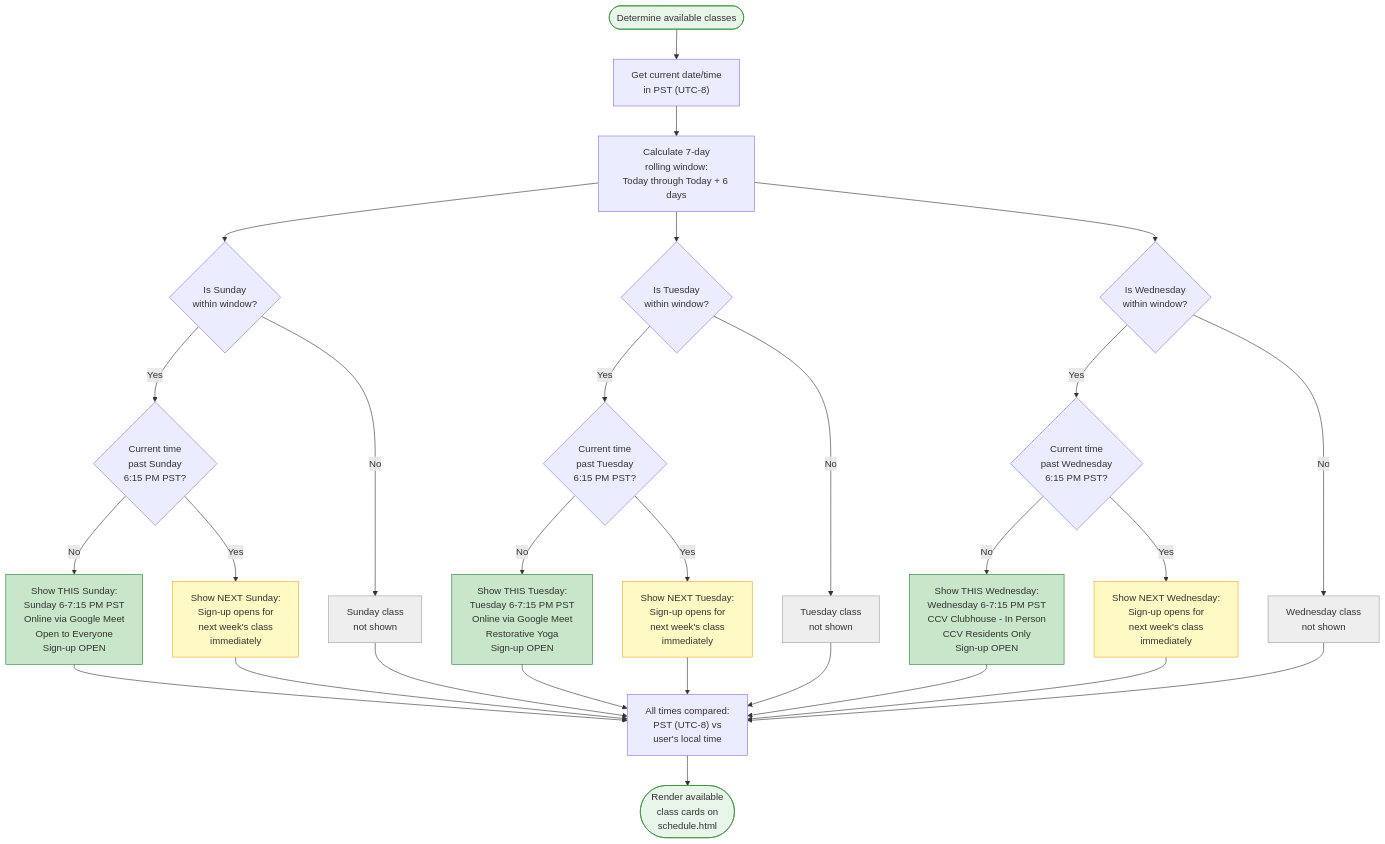
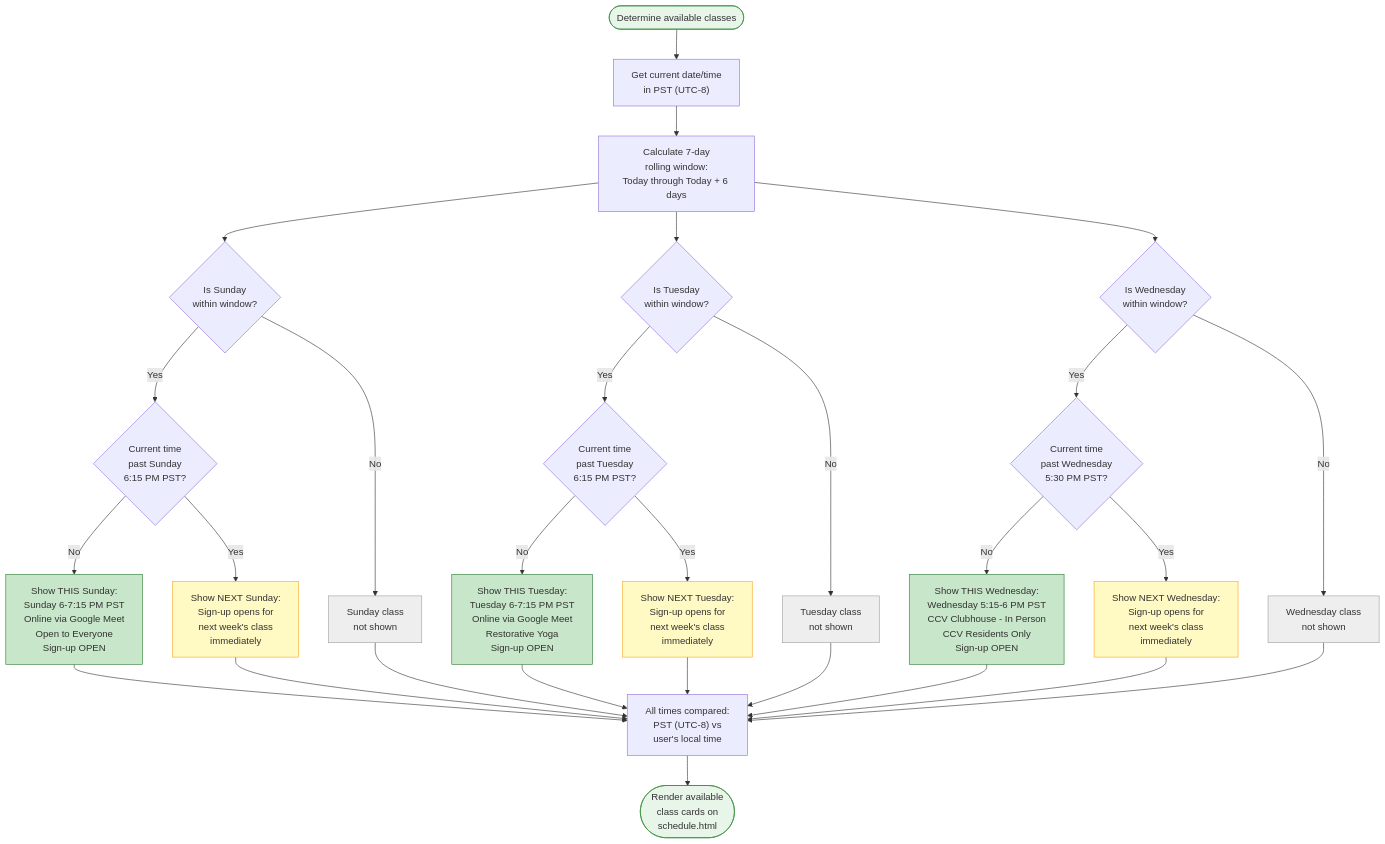
One commit to liujessicax-ui/yogaclasses.com changed the second of 6 diagrams in business-rules-flowchart.md. Above: the diagram before and after it, drawn with Mermaid. The commit also changed other lines of this file and 3 other files, not shown here.

Commit message:
Update Wednesday class time to 5:15-6:00 PM PST

````diff
--- a/business-rules-flowchart.md
+++ b/business-rules-flowchart.md
@@ -89,54 +89,54 @@
 ```mermaid
 flowchart TD
     START([Determine available classes]) --> NOW["Get current date/time\nin PST (UTC-8)"]
 
     NOW --> WINDOW["Calculate 7-day\nrolling window:\nToday through Today + 6 days"]
 
     WINDOW --> MON{Is Sunday\nwithin window?}
     WINDOW --> TUE{Is Tuesday\nwithin window?}
     WINDOW --> WED{Is Wednesday\nwithin window?}
 
     MON -- Yes --> MON_CUT{Current time\npast Sunday\n6:15 PM PST?}
     MON -- No --> MON_HIDE[Sunday class\nnot shown]
 
     MON_CUT -- No --> MON_SHOW["Show THIS Sunday:\nSunday 6-7:15 PM PST\nOnline via Google Meet\nOpen to Everyone\nSign-up OPEN"]
     MON_CUT -- Yes --> MON_NEXT["Show NEXT Sunday:\nSign-up opens for\nnext week's class\nimmediately"]
 
     TUE -- Yes --> TUE_CUT{Current time\npast Tuesday\n6:15 PM PST?}
     TUE -- No --> TUE_HIDE[Tuesday class\nnot shown]
 
     TUE_CUT -- No --> TUE_SHOW["Show THIS Tuesday:\nTuesday 6-7:15 PM PST\nOnline via Google Meet\nRestorative Yoga\nSign-up OPEN"]
     TUE_CUT -- Yes --> TUE_NEXT["Show NEXT Tuesday:\nSign-up opens for\nnext week's class\nimmediately"]
 
-    WED -- Yes --> WED_CUT{Current time\npast Wednesday\n6:15 PM PST?}
+    WED -- Yes --> WED_CUT{Current time\npast Wednesday\n5:30 PM PST?}
     WED -- No --> WED_HIDE[Wednesday class\nnot shown]
 
-    WED_CUT -- No --> WED_SHOW["Show THIS Wednesday:\nWednesday 6-7:15 PM PST\nCCV Clubhouse - In Person\nCCV Residents Only\nSign-up OPEN"]
+    WED_CUT -- No --> WED_SHOW["Show THIS Wednesday:\nWednesday 5:15-6 PM PST\nCCV Clubhouse - In Person\nCCV Residents Only\nSign-up OPEN"]
     WED_CUT -- Yes --> WED_NEXT["Show NEXT Wednesday:\nSign-up opens for\nnext week's class\nimmediately"]
 
     MON_SHOW --> COMPARE
     MON_NEXT --> COMPARE
     TUE_SHOW --> COMPARE
     TUE_NEXT --> COMPARE
     WED_SHOW --> COMPARE
     WED_NEXT --> COMPARE
     MON_HIDE --> COMPARE
     TUE_HIDE --> COMPARE
     WED_HIDE --> COMPARE
 
     COMPARE["All times compared:\nPST (UTC-8) vs\nuser's local time"]
 
     COMPARE --> RENDER([Render available\nclass cards on\nschedule.html])
 
     style START fill:#e8f5e9,stroke:#388e3c
     style RENDER fill:#e8f5e9,stroke:#388e3c
     style MON_SHOW fill:#c8e6c9,stroke:#2e7d32
     style TUE_SHOW fill:#c8e6c9,stroke:#2e7d32
     style WED_SHOW fill:#c8e6c9,stroke:#2e7d32
     style MON_NEXT fill:#fff9c4,stroke:#f9a825
     style TUE_NEXT fill:#fff9c4,stroke:#f9a825
     style WED_NEXT fill:#fff9c4,stroke:#f9a825
     style MON_HIDE fill:#eeeeee,stroke:#9e9e9e
     style TUE_HIDE fill:#eeeeee,stroke:#9e9e9e
     style WED_HIDE fill:#eeeeee,stroke:#9e9e9e
 ```
````
